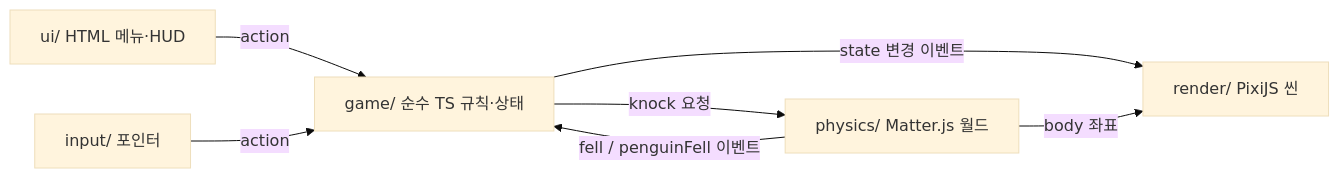
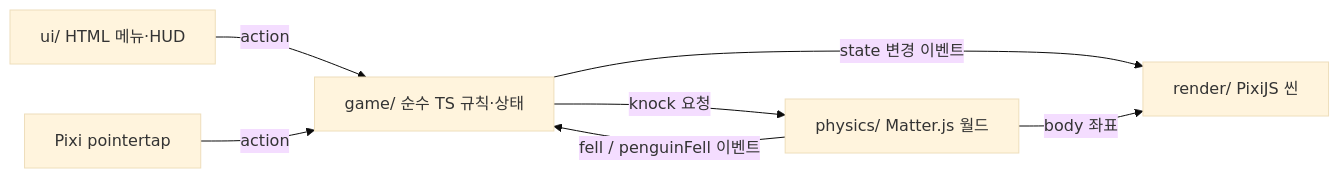
The first of 2 diagrams in docs/PLAN.md (djkeh/board-game), drawn with Mermaid (base theme) before and after one commit. The commit also changed other lines of this file, not shown here.

````diff
--- a/docs/PLAN.md
+++ b/docs/PLAN.md
@@ -81,9 +81,9 @@
 ```mermaid
 flowchart LR
   UI[ui/ HTML 메뉴·HUD] -->|action| Game[game/ 순수 TS 규칙·상태]
-  Input[input/ 포인터] -->|action| Game
+  Input[Pixi pointertap] -->|action| Game
   Game -->|knock 요청| Phys[physics/ Matter.js 월드]
   Phys -->|fell / penguinFell 이벤트| Game
   Game -->|state 변경 이벤트| Render[render/ PixiJS 씬]
   Phys -->|body 좌표| Render
 ```
````
